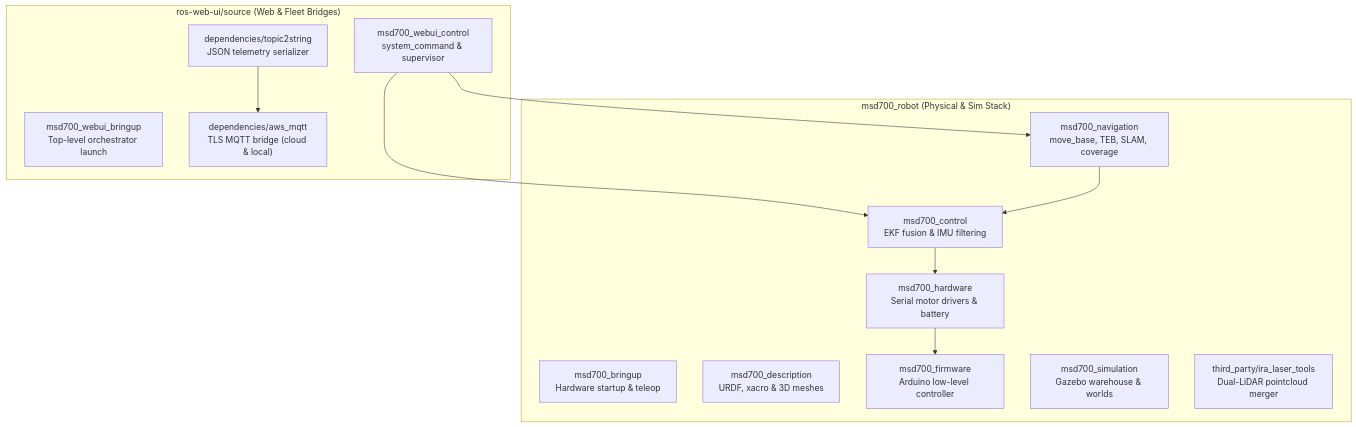
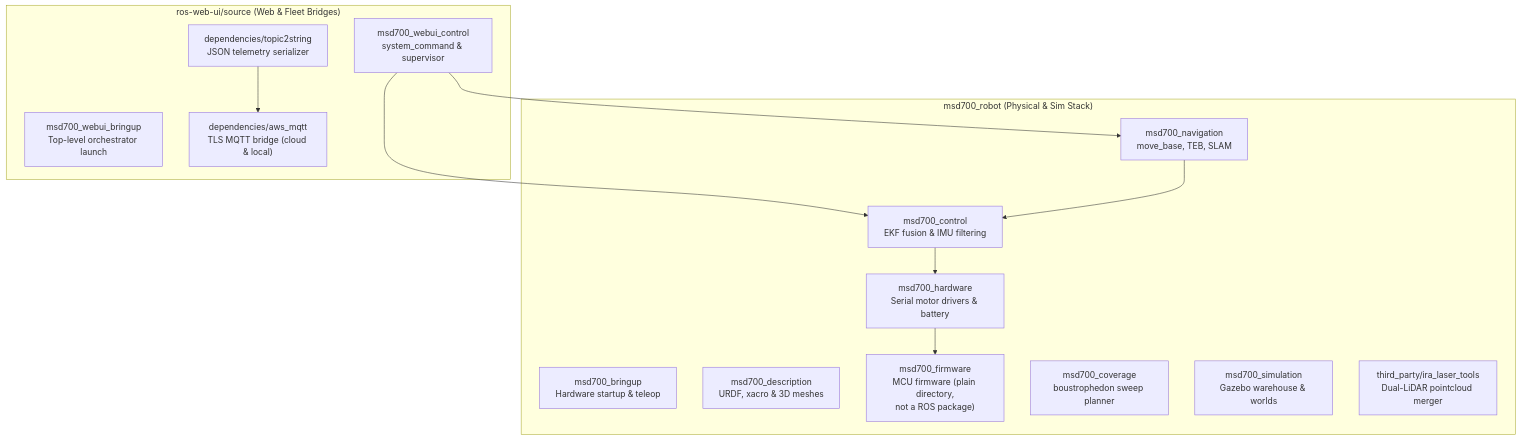
The diagram in docs/development/ros/ros-packages.md (itbdelaboprogramming/msd700_documentation), drawn with Mermaid before and after one commit. The commit also changed other lines of this file and 110 other files, not shown here.

````diff
--- a/docs/development/ros/ros-packages.md
+++ b/docs/development/ros/ros-packages.md
@@ -14,27 +14,28 @@
 ```mermaid
 flowchart TD
   subgraph RobotCore["msd700_robot (Physical & Sim Stack)"]
     BRINGUP["msd700_bringup<br/>Hardware startup & teleop"]
     CONTROL["msd700_control<br/>EKF fusion & IMU filtering"]
     DESC["msd700_description<br/>URDF, xacro & 3D meshes"]
-    FIRM["msd700_firmware<br/>Arduino low-level controller"]
+    FIRM["msd700_firmware<br/>MCU firmware (plain directory,<br/>not a ROS package)"]
     HW["msd700_hardware<br/>Serial motor drivers & battery"]
-    NAV["msd700_navigation<br/>move_base, TEB, SLAM, coverage"]
+     NAV["msd700_navigation<br/>move_base, TEB, SLAM"]
+     COV["msd700_coverage<br/>boustrophedon sweep planner"]
     SIM["msd700_simulation<br/>Gazebo warehouse & worlds"]
     TP["third_party/ira_laser_tools<br/>Dual-LiDAR pointcloud merger"]
   end
 
   subgraph WebUIBridge["ros-web-ui/source (Web & Fleet Bridges)"]
     W_BRINGUP["msd700_webui_bringup<br/>Top-level orchestrator launch"]
     W_CTRL["msd700_webui_control<br/>system_command & supervisor"]
     MQTT["dependencies/aws_mqtt<br/>TLS MQTT bridge (cloud & local)"]
     T2S["dependencies/topic2string<br/>JSON telemetry serializer"]
   end
 
   W_CTRL --> NAV
   W_CTRL --> CONTROL
   T2S --> MQTT
   NAV --> CONTROL
   CONTROL --> HW
   HW --> FIRM
 ```
````
